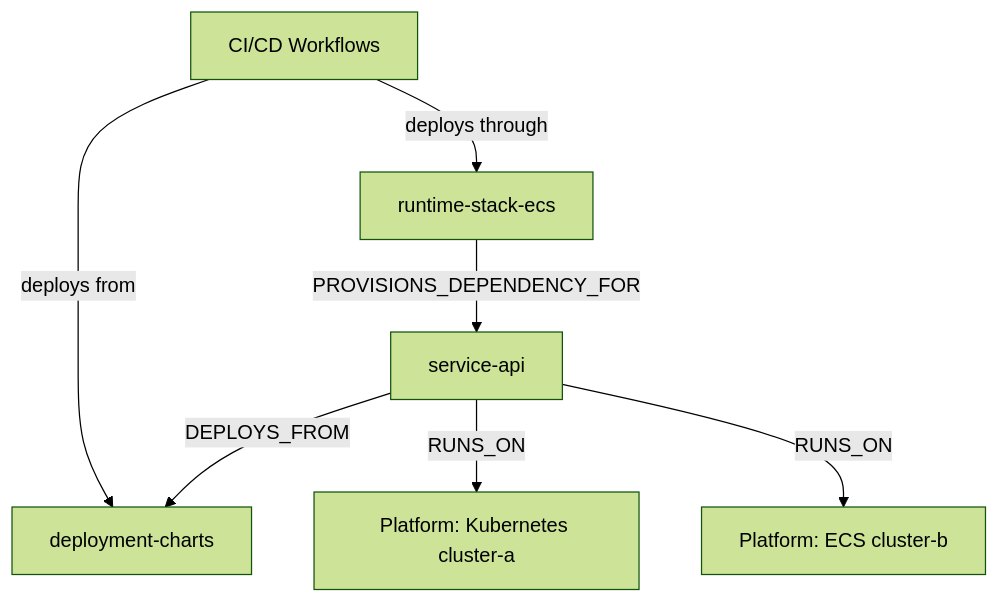
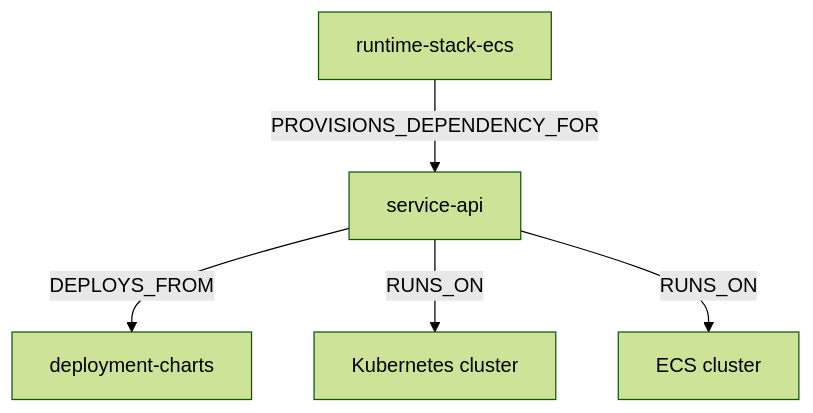
The first of 4 diagrams in docs/public/guides/relationship-graphs.md (eshu-hq/eshu), drawn with Mermaid (forest theme) before and after one commit. The commit also changed other lines of this file and 61 other files, not shown here.

````diff
--- a/docs/public/guides/relationship-graphs.md
+++ b/docs/public/guides/relationship-graphs.md
@@ -25,17 +12,13 @@
 ```mermaid
 graph TD
-    CI[CI/CD Workflows]
     APP[service-api]
     CHARTS[deployment-charts]
-    K8S[Platform: Kubernetes cluster-a]
+    K8S[Kubernetes cluster]
     TFSTACK[runtime-stack-ecs]
-    ECS[Platform: ECS cluster-b]
+    ECS[ECS cluster]
 
     APP -->|DEPLOYS_FROM| CHARTS
     APP -->|RUNS_ON| K8S
     APP -->|RUNS_ON| ECS
     TFSTACK -->|PROVISIONS_DEPENDENCY_FOR| APP
-
-    CI -->|deploys from| CHARTS
-    CI -->|deploys through| TFSTACK
 ```
````
